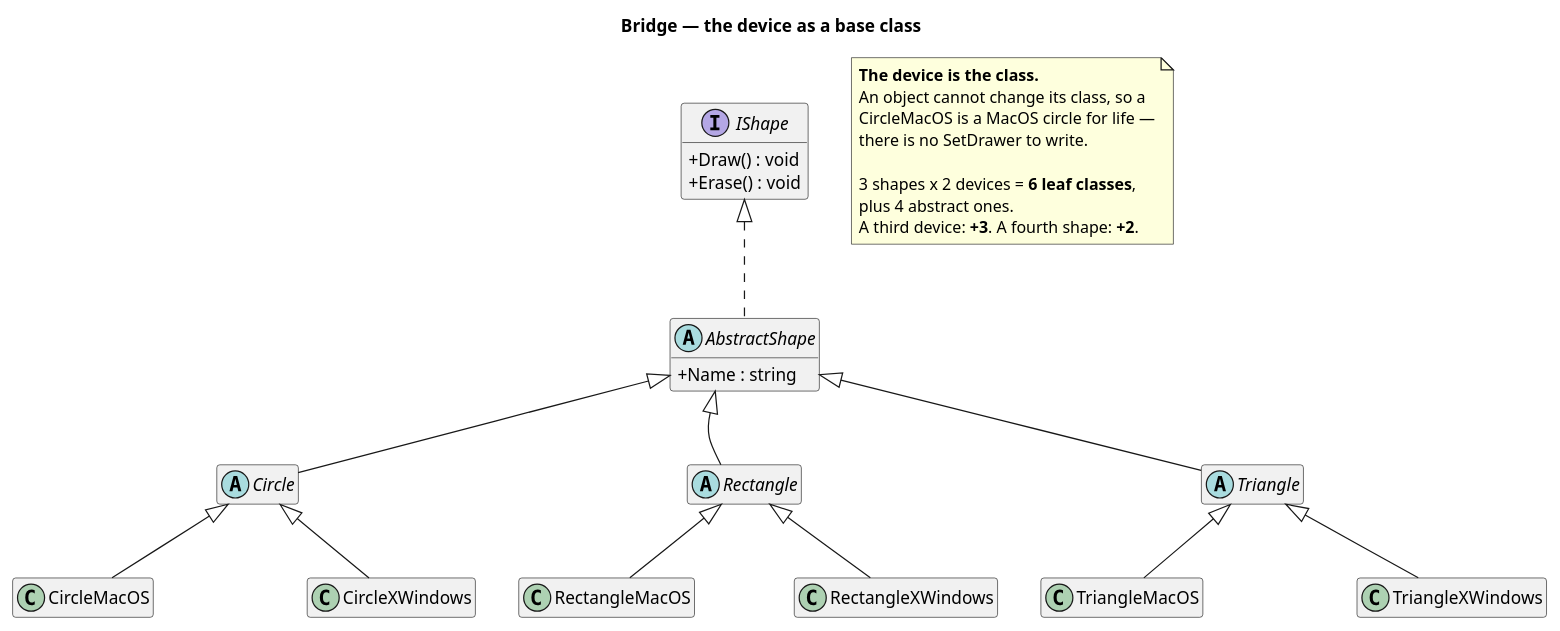
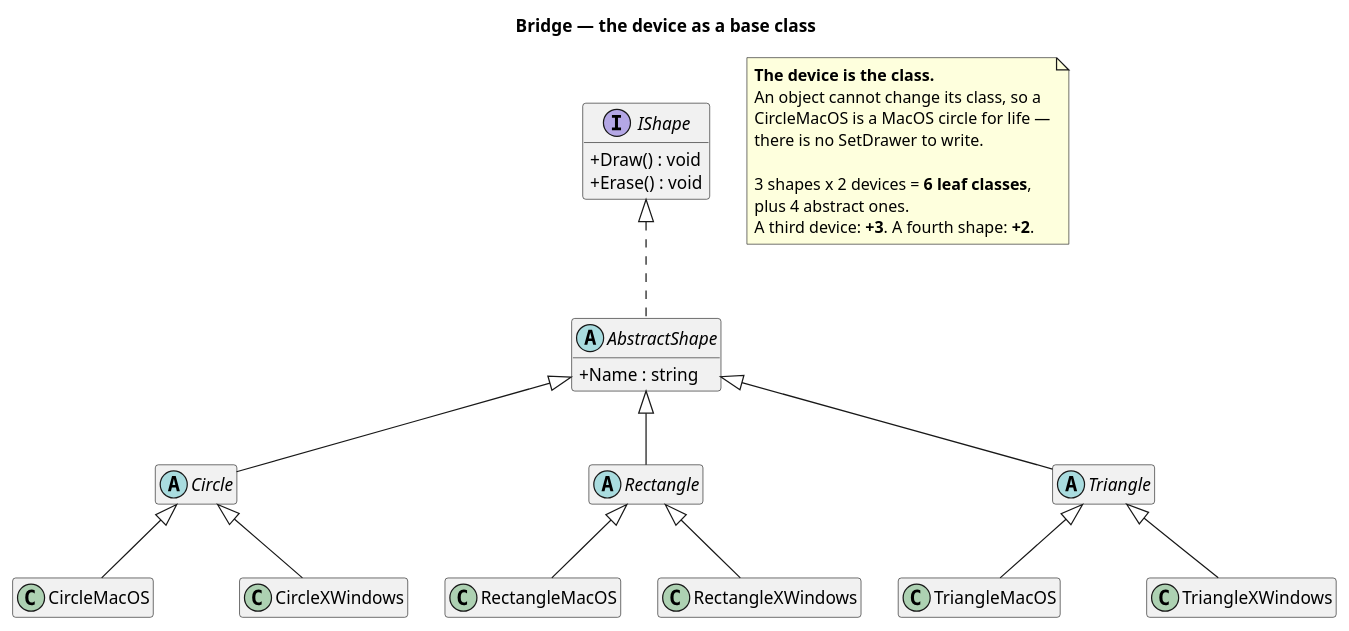
The diagram in Bridge/src/Bridge/Shape/Problem/uml/Bridge - Shape (Problem) - Class Diagram.puml (kaldiroglu/DesignPatternsWithCSharp), drawn with PlantUML before and after one commit. The commit also changed 12 other files, not shown here.

Commit message:
Diagrams: the last is-a families follow the layout rule; redrawn PNGs have a white background

```diff
--- a/Bridge/src/Bridge/Shape/Problem/uml/Bridge - Shape (Problem) - Class Diagram.puml
+++ b/Bridge/src/Bridge/Shape/Problem/uml/Bridge - Shape (Problem) - Class Diagram.puml
@@ -1,84 +1,68 @@
 @startuml "Bridge - Shape (Problem) - Class Diagram"
+skinparam nodesep 30
 skinparam linetype polyline
 skinparam class {
   BackgroundColor<<spacer>> transparent
   BorderColor<<spacer>> transparent
   FontColor<<spacer>> transparent
 }
 hide <<spacer>> stereotype
 hide <<spacer>> circle
 skinparam classAttributeIconSize 0
 hide empty members
 title Bridge — the device as a base class
 
 
 interface IShape {
   + Draw() : void
   + Erase() : void
 }
 
 abstract class AbstractShape {
   + Name : string
 }
 
 abstract class Circle
 abstract class Rectangle
 abstract class Triangle
 
 class CircleMacOS
 class CircleXWindows
 class RectangleMacOS
 class RectangleXWindows
 class TriangleMacOS
 class TriangleXWindows
 
 IShape <|.. AbstractShape
 AbstractShape <|-- Circle
 AbstractShape <|-- Rectangle
 AbstractShape <|-- Triangle
 Circle <|-- CircleMacOS
 Circle <|-- CircleXWindows
 Rectangle <|-- RectangleMacOS
 Rectangle <|-- RectangleXWindows
 Triangle <|-- TriangleMacOS
 Triangle <|-- TriangleXWindows
 
 note as N1
   <b>The device is the class.</b>
   An object cannot change its class, so a
   CircleMacOS is a MacOS circle for life —
   there is no SetDrawer to write.
 
   3 shapes x 2 devices = <b>6 leaf classes</b>,
   plus 4 abstract ones.
   A third device: <b>+3</b>. A fourth shape: <b>+2</b>.
 end note
-
-AbstractShape -[hidden]- Rectangle
-AbstractShape -[hidden]- Rectangle
-Circle -[hidden]right- Rectangle
-Rectangle -[hidden]right- Triangle
 class " " as Spacer1 <<spacer>>
 Circle -[hidden]- Spacer1
 Circle -[hidden]- Spacer1
 CircleMacOS -[hidden]right- Spacer1
 Spacer1 -[hidden]right- CircleXWindows
 class " " as Spacer2 <<spacer>>
-Rectangle -[hidden]- Spacer2
-Rectangle -[hidden]- Spacer2
-RectangleMacOS -[hidden]right- Spacer2
-Spacer2 -[hidden]right- RectangleXWindows
-class " " as Spacer3 <<spacer>>
-Triangle -[hidden]- Spacer3
-Triangle -[hidden]- Spacer3
-TriangleMacOS -[hidden]right- Spacer3
-Spacer3 -[hidden]right- TriangleXWindows
-class " " as Spacer66 <<spacer>>
-Circle -[hidden]- Spacer66
-CircleMacOS -[hidden]right- Spacer66
-Spacer66 -[hidden]right- CircleXWindows
-class " " as Spacer67 <<spacer>>
-Triangle -[hidden]- Spacer67
-TriangleMacOS -[hidden]right- Spacer67
-Spacer67 -[hidden]right- TriangleXWindows
+Triangle -[hidden]- Spacer2
+Triangle -[hidden]- Spacer2
+TriangleMacOS -[hidden]right- Spacer2
+Spacer2 -[hidden]right- TriangleXWindows
+RectangleXWindows -[hidden]right- TriangleMacOS
 @enduml
```
